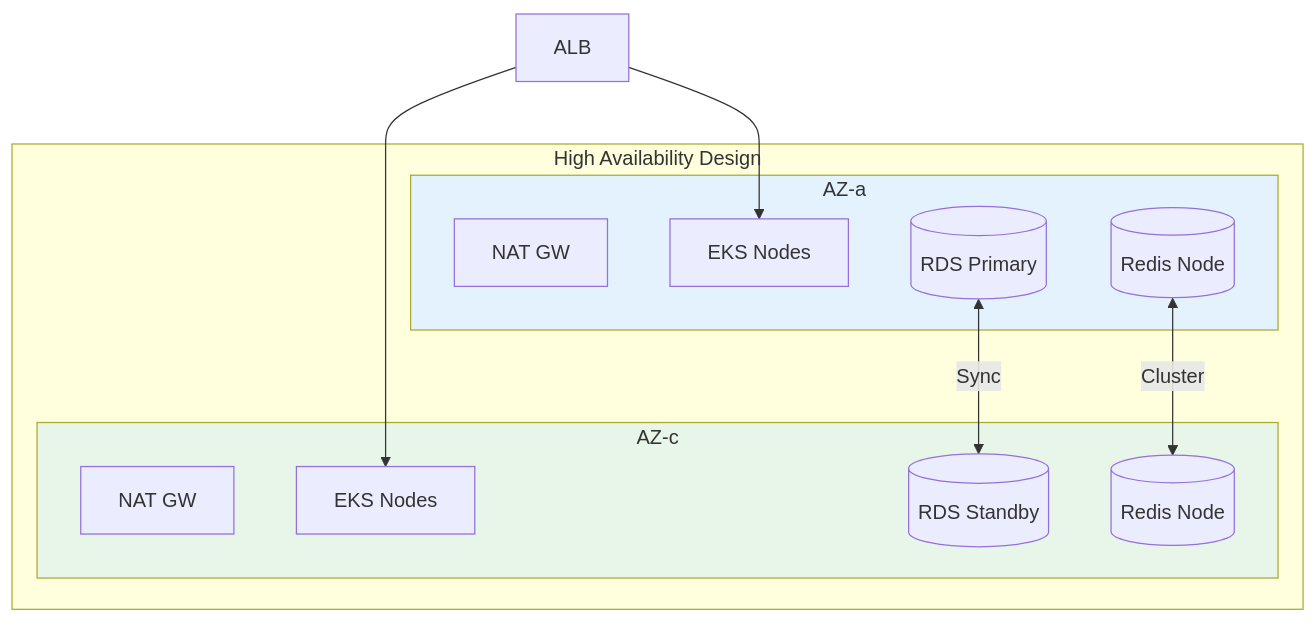
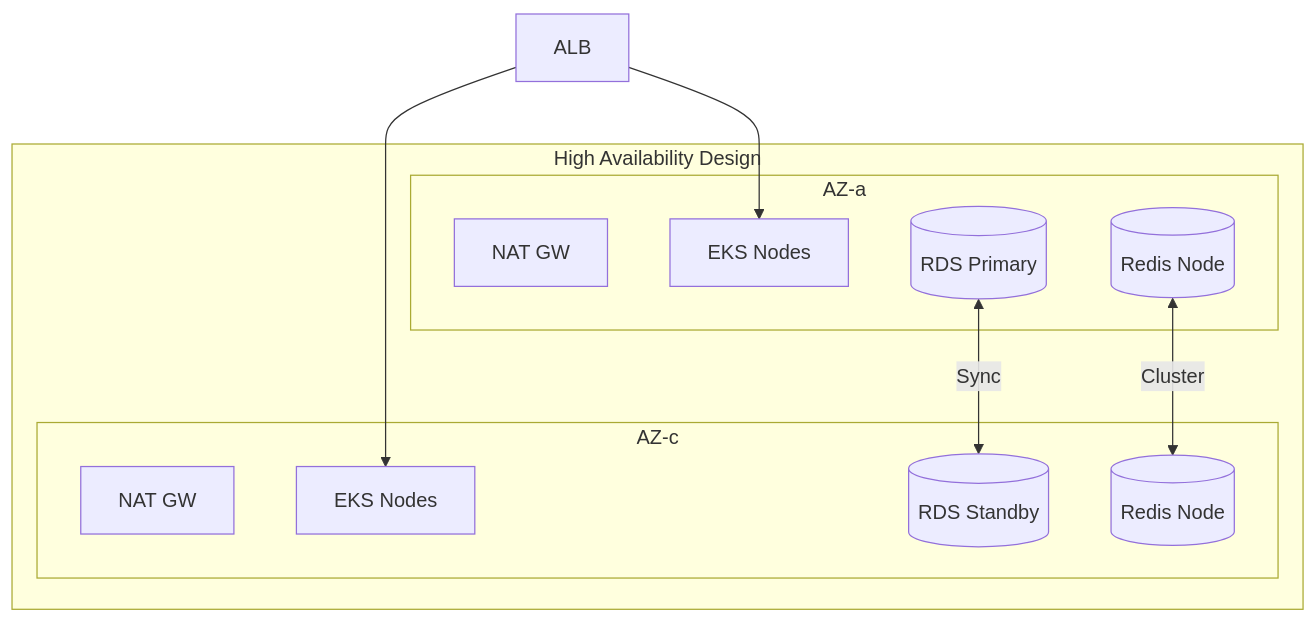
One commit to JSJ2337/AWS_EKS_terraform_code changed the ninth of 9 diagrams in docs/architecture.md. Above: the diagram before and after it, drawn with Mermaid. The commit also changed other lines of this file, not shown here.

Commit message:
fix: Mermaid 다이어그램 컬러 스타일 제거

````diff
--- a/docs/architecture.md
+++ b/docs/architecture.md
@@ -328,26 +291,23 @@
 ```mermaid
 flowchart TB
     subgraph HA["High Availability Design"]
         subgraph AZa["AZ-a"]
             NAT1[NAT GW]
             Node1[EKS Nodes]
             RDS1[(RDS Primary)]
             Redis1[(Redis Node)]
         end
 
         subgraph AZc["AZ-c"]
             NAT2[NAT GW]
             Node2[EKS Nodes]
             RDS2[(RDS Standby)]
             Redis2[(Redis Node)]
         end
     end
 
     ALB[ALB] --> Node1
     ALB --> Node2
     RDS1 <-->|Sync| RDS2
     Redis1 <-->|Cluster| Redis2
-
-    style AZa fill:#e3f2fd
-    style AZc fill:#e8f5e9
 ```
````
